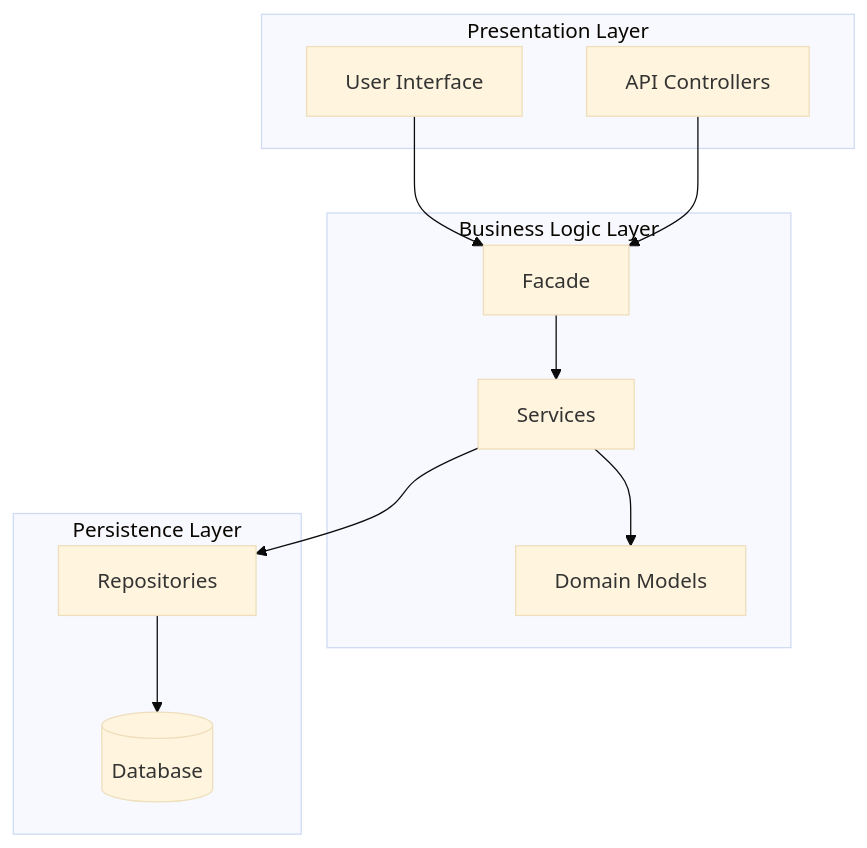
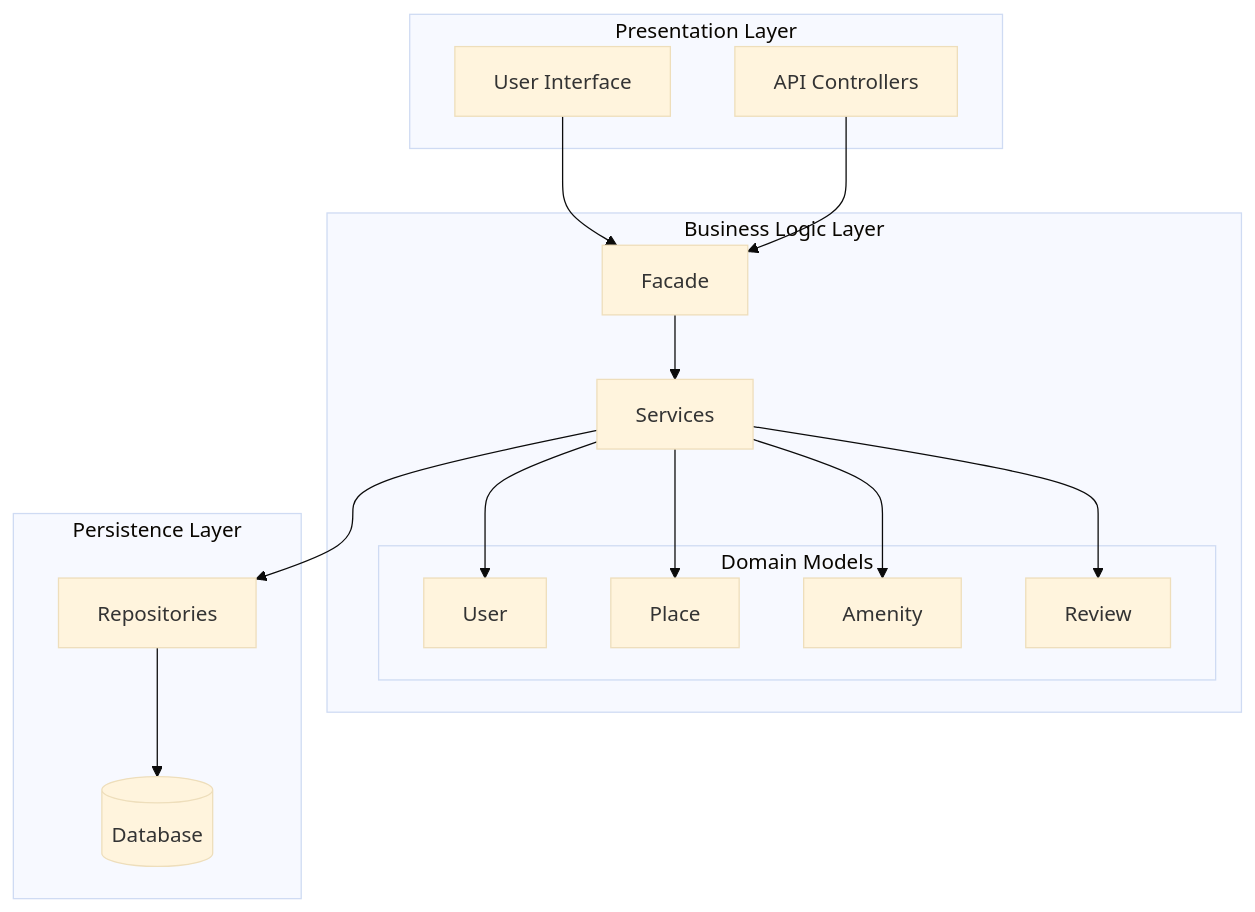
The diagram in part1/README.md (atakhan11/holbertonschool-hbnb), drawn with Mermaid (base theme) before and after one commit.

Commit message:
High-Level Package Diagram

````diff
--- a/part1/README.md
+++ b/part1/README.md
@@ -1,28 +1,38 @@
 ```mermaid
 flowchart TB
 
     subgraph Presentation Layer
         UI[User Interface]
         API[API Controllers]
     end
 
     subgraph Business Logic Layer
         FACADE[Facade]
         SERVICES[Services]
-        MODELS[Domain Models]
+
+        subgraph Domain Models
+            USER[User]
+            PLACE[Place]
+            AMENITY[Amenity]
+            REVIEW[Review]
+        end
     end
 
     subgraph Persistence Layer
         REPO[Repositories]
         DB[(Database)]
     end
 
     UI --> FACADE
     API --> FACADE
 
     FACADE --> SERVICES
-    SERVICES --> MODELS
+
+    SERVICES --> USER
+    SERVICES --> PLACE
+    SERVICES --> AMENITY
+    SERVICES --> REVIEW
 
     SERVICES --> REPO
     REPO --> DB
 ```
````
